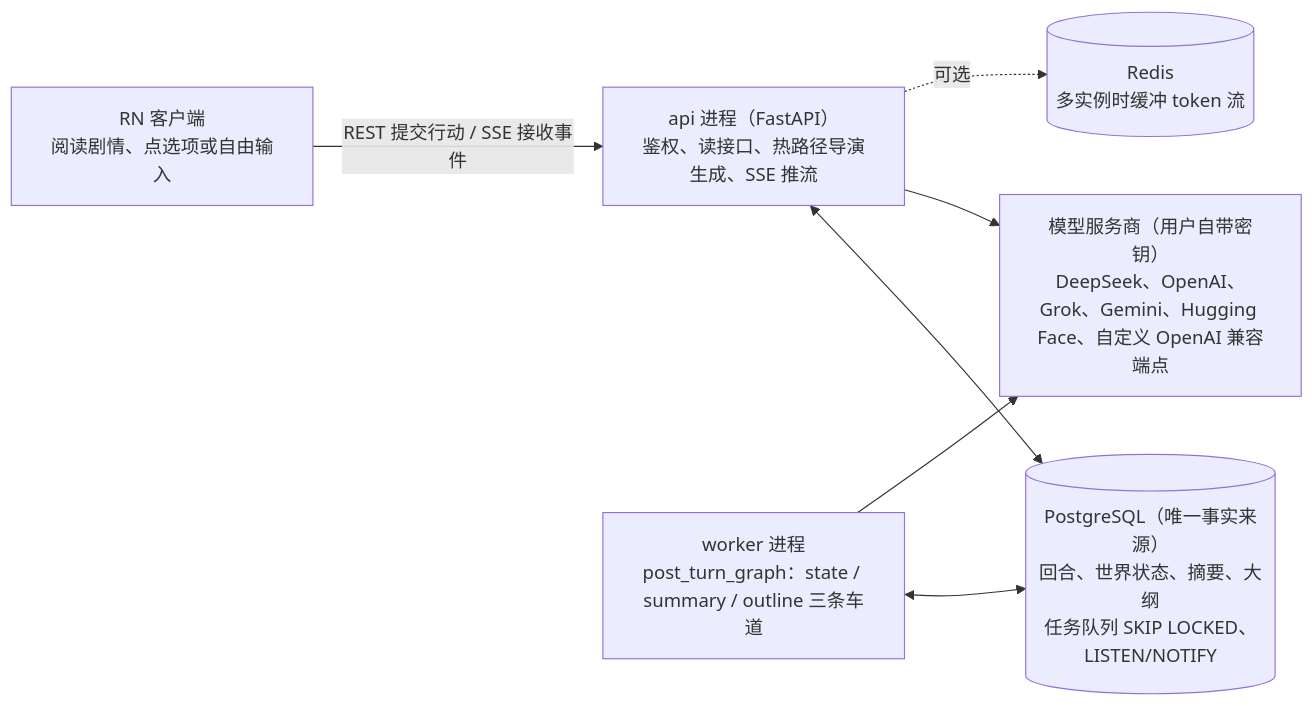
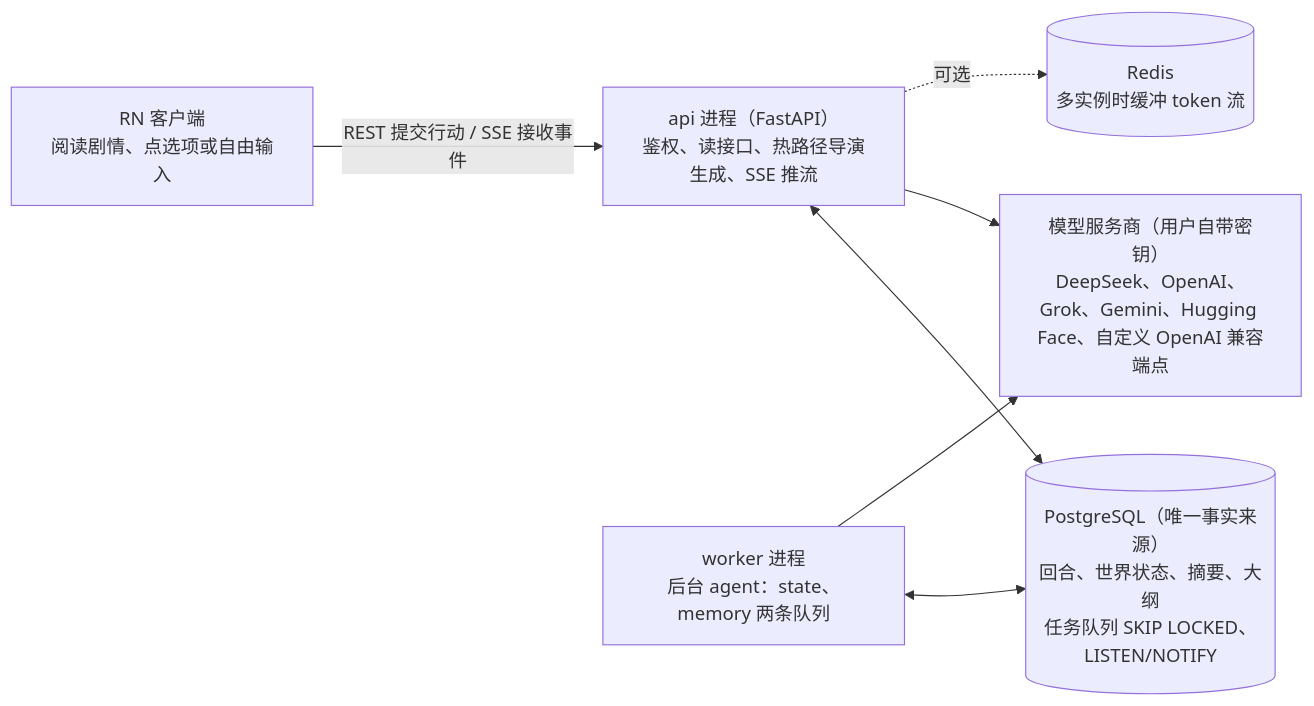
One commit to Hexthebaldy/BetterTavern changed the diagram in docs/backend.md. Above: the diagram before and after it, drawn with Mermaid. The commit also changed other lines of this file and 13 other files, not shown here.

````diff
--- a/docs/backend.md
+++ b/docs/backend.md
@@ -9,9 +9,9 @@
 ```mermaid
 flowchart LR
   client["RN 客户端<br/>阅读剧情、点选项或自由输入"] -- "REST 提交行动 / SSE 接收事件" --> api["api 进程（FastAPI）<br/>鉴权、读接口、热路径导演生成、SSE 推流"]
   api <--> pg[("PostgreSQL（唯一事实来源）<br/>回合、世界状态、摘要、大纲<br/>任务队列 SKIP LOCKED、LISTEN/NOTIFY")]
-  worker["worker 进程<br/>post_turn_graph：state / summary / outline 三条车道"] <--> pg
+  worker["worker 进程<br/>后台 agent：state、memory 两条队列"] <--> pg
   api --> llm["模型服务商（用户自带密钥）<br/>DeepSeek、OpenAI、Grok、Gemini、Hugging Face、自定义 OpenAI 兼容端点"]
   worker --> llm
   api -. 可选 .-> redis[("Redis<br/>多实例时缓冲 token 流")]
 ```
````
